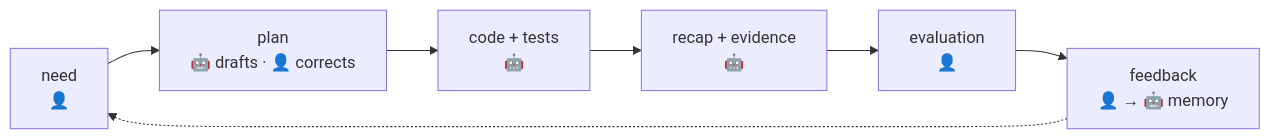
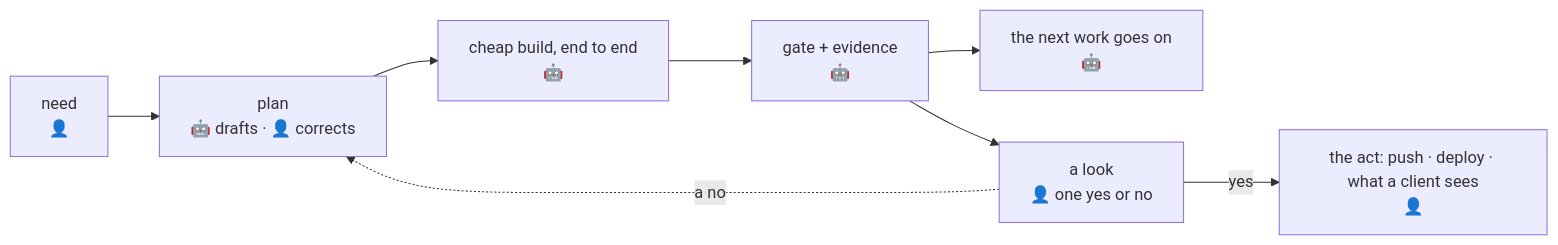
Before and after one commit to ancJ29/credo: the first of 2 diagrams in docs/conventions/collaboration.md, drawn with Mermaid. The commit also changed other lines of this file, not shown here.

First line of the commit message:
docs(conventions): collaboration brought up to how we work now

````diff
--- a/docs/conventions/collaboration.md
+++ b/docs/conventions/collaboration.md
@@ -14,9 +24,10 @@
 ```mermaid
 flowchart LR
   need["need<br/>👤"] --> plan["plan<br/>🤖 drafts · 👤 corrects"]
-  plan --> code["code + tests<br/>🤖"]
-  code --> recap["recap + evidence<br/>🤖"]
-  recap --> evaluation["evaluation<br/>👤"]
-  evaluation --> feedback["feedback<br/>👤 → 🤖 memory"]
-  feedback -.-> need
+  plan --> build["cheap build, end to end<br/>🤖"]
+  build --> gate["gate + evidence<br/>🤖"]
+  gate --> on["the next work goes on<br/>🤖"]
+  gate --> look["a look<br/>👤 one yes or no"]
+  look -- yes --> act["the act: push · deploy · what a client sees<br/>👤"]
+  look -. a no .-> plan
 ```
````
